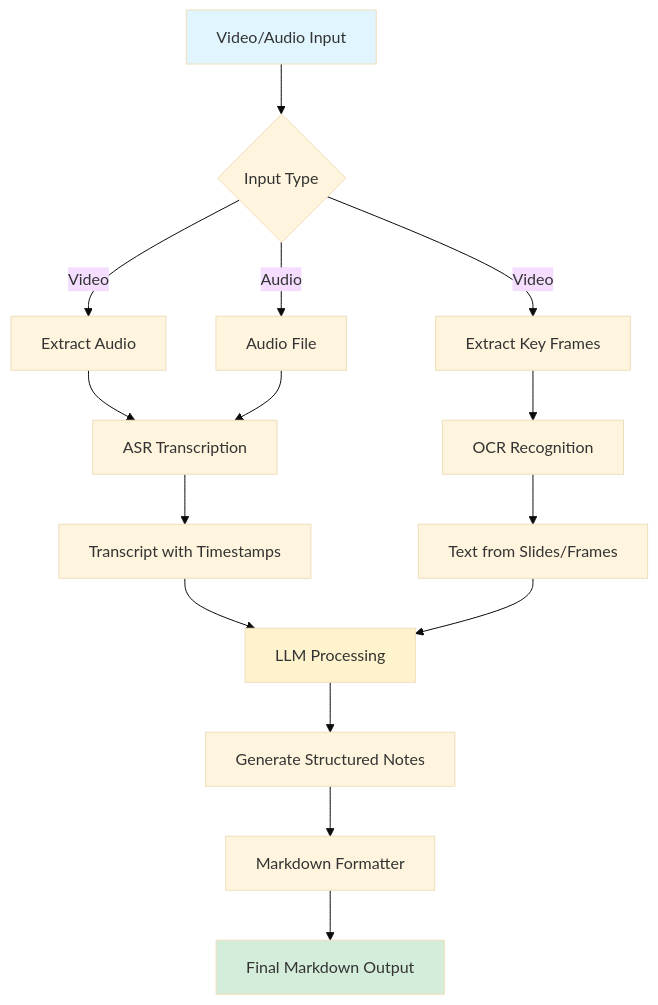
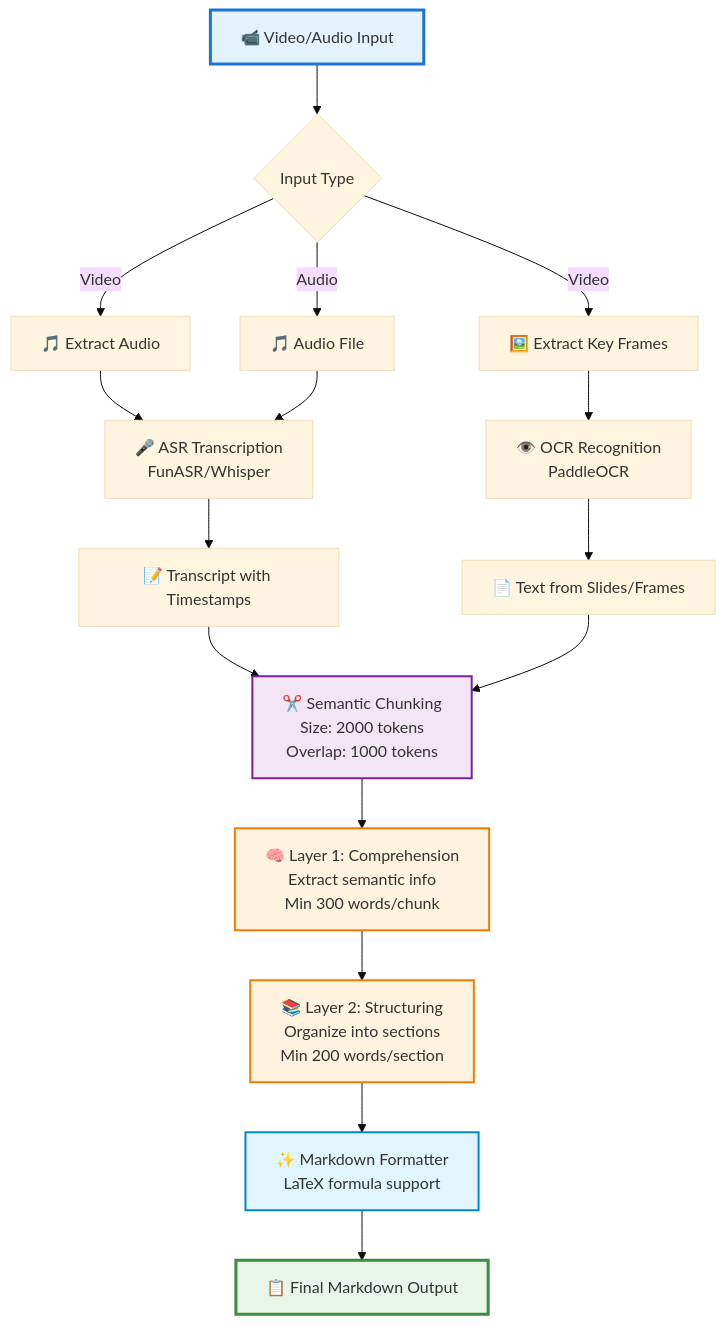
One commit to 0xarcher/notely changed the diagram in docs/images/pipeline.mmd. Above: the diagram before and after it, drawn with Mermaid (base theme). The commit also changed 50 other files, not shown here.

```diff
--- a/docs/images/pipeline.mmd
+++ b/docs/images/pipeline.mmd
@@ -1,23 +1,27 @@
 graph TB
-    A[Video/Audio Input] --> B{Input Type}
-    B -->|Video| C[Extract Audio]
-    B -->|Video| D[Extract Key Frames]
-    B -->|Audio| E[Audio File]
+    A[📹 Video/Audio Input] --> B{Input Type}
+    B -->|Video| C[🎵 Extract Audio]
+    B -->|Video| D[🖼️ Extract Key Frames]
+    B -->|Audio| E[🎵 Audio File]
 
-    C --> F[ASR Transcription]
+    C --> F[🎤 ASR Transcription<br/>FunASR/Whisper]
     E --> F
-    D --> G[OCR Recognition]
+    D --> G[👁️ OCR Recognition<br/>PaddleOCR]
 
-    F --> H[Transcript with Timestamps]
-    G --> I[Text from Slides/Frames]
+    F --> H[📝 Transcript with Timestamps]
+    G --> I[📄 Text from Slides/Frames]
 
-    H --> J[LLM Processing]
+    H --> J[✂️ Semantic Chunking<br/>Size: 2000 tokens<br/>Overlap: 1000 tokens]
     I --> J
 
-    J --> K[Generate Structured Notes]
-    K --> L[Markdown Formatter]
-    L --> M[Final Markdown Output]
+    J --> K[🧠 Layer 1: Comprehension<br/>Extract semantic info<br/>Min 300 words/chunk]
+    K --> L[📚 Layer 2: Structuring<br/>Organize into sections<br/>Min 200 words/section]
+    L --> M[✨ Markdown Formatter<br/>LaTeX formula support]
+    M --> N[📋 Final Markdown Output]
 
-    style A fill:#e1f5ff
-    style M fill:#d4edda
-    style J fill:#fff3cd
+    style A fill:#e3f2fd,stroke:#1976d2,stroke-width:3px
+    style N fill:#e8f5e9,stroke:#388e3c,stroke-width:3px
+    style K fill:#fff3e0,stroke:#f57c00,stroke-width:2px
+    style L fill:#fff3e0,stroke:#f57c00,stroke-width:2px
+    style J fill:#f3e5f5,stroke:#7b1fa2,stroke-width:2px
+    style M fill:#e1f5fe,stroke:#0288d1,stroke-width:2px
```
